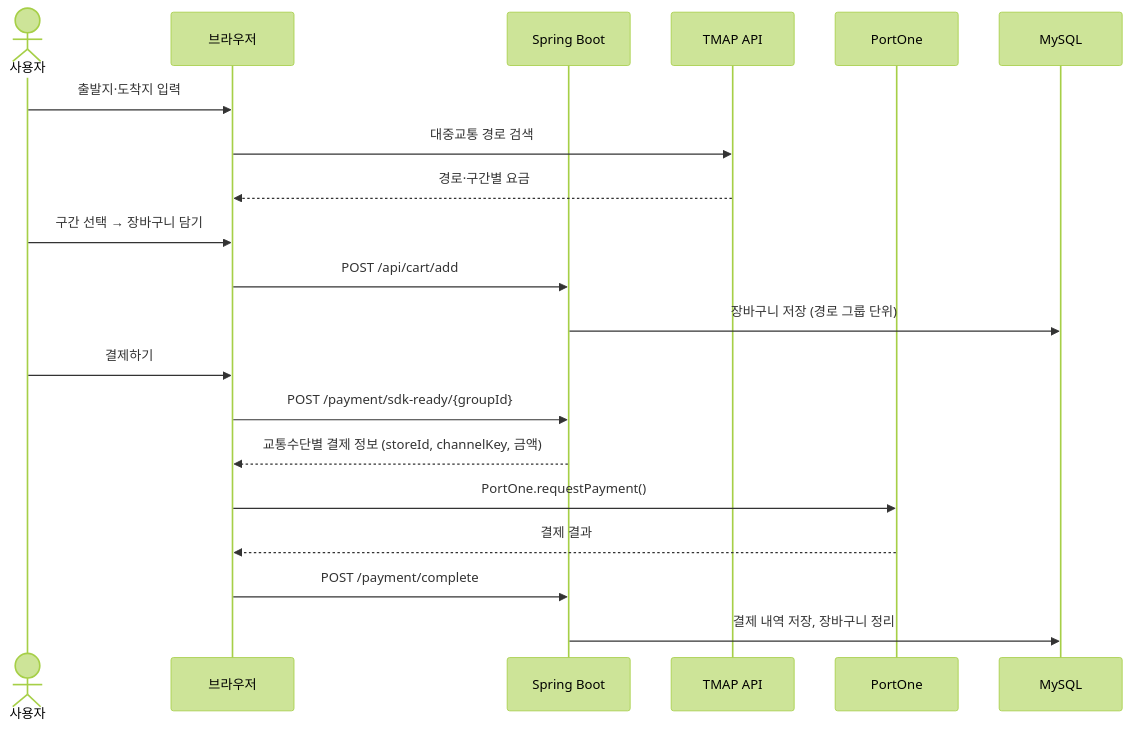
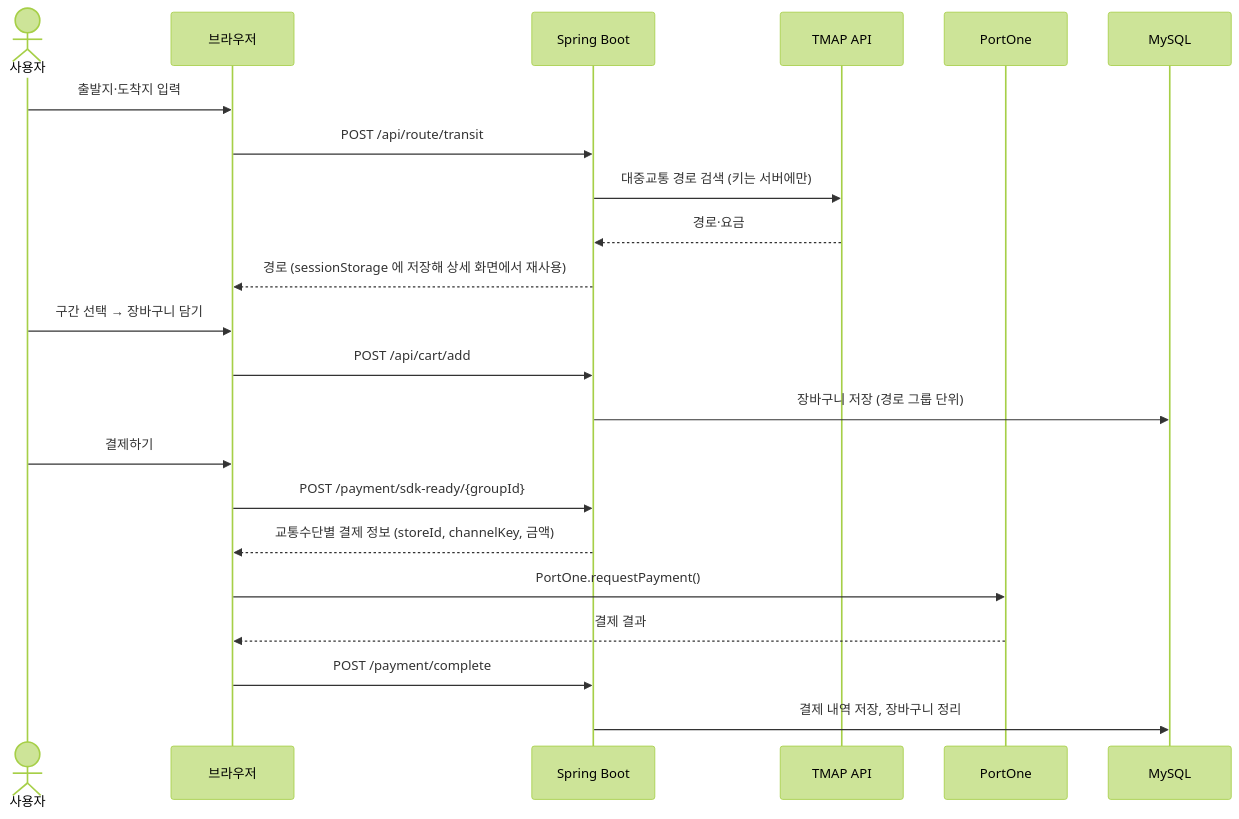
The second of 2 diagrams in README.md (kimyeongbin-dev/mobillax-v2), drawn with Mermaid (forest theme) before and after one commit. The commit also changed other lines of this file, not shown here.

````diff
--- a/README.md
+++ b/README.md
@@ -98,23 +98,25 @@
 ```mermaid
 sequenceDiagram
     actor U as 사용자
     participant B as 브라우저
     participant S as Spring Boot
     participant T as TMAP API
     participant P as PortOne
     participant D as MySQL
 
     U->>B: 출발지·도착지 입력
-    B->>T: 대중교통 경로 검색
-    T-->>B: 경로·구간별 요금
+    B->>S: POST /api/route/transit
+    S->>T: 대중교통 경로 검색 (키는 서버에만)
+    T-->>S: 경로·요금
+    S-->>B: 경로 (sessionStorage 에 저장해 상세 화면에서 재사용)
     U->>B: 구간 선택 → 장바구니 담기
     B->>S: POST /api/cart/add
     S->>D: 장바구니 저장 (경로 그룹 단위)
     U->>B: 결제하기
     B->>S: POST /payment/sdk-ready/{groupId}
     S-->>B: 교통수단별 결제 정보 (storeId, channelKey, 금액)
     B->>P: PortOne.requestPayment()
     P-->>B: 결제 결과
     B->>S: POST /payment/complete
     S->>D: 결제 내역 저장, 장바구니 정리
 ```
````
